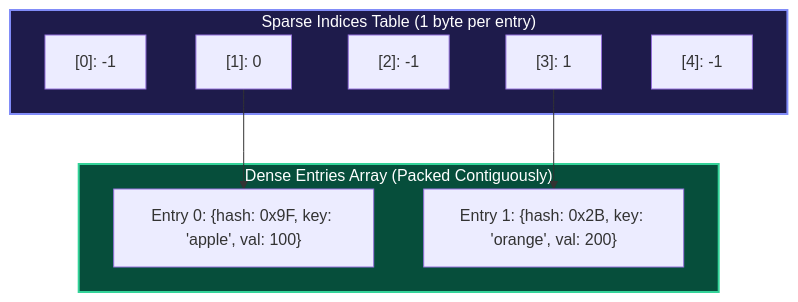
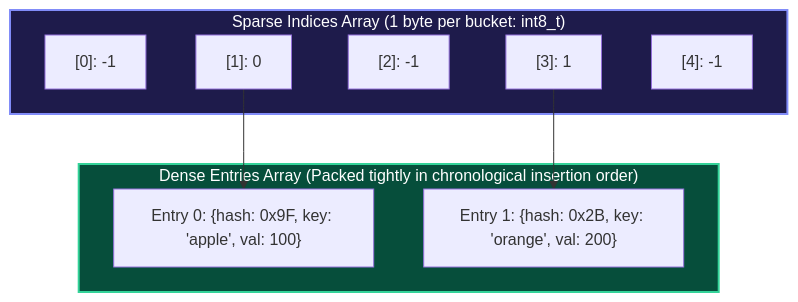
One commit to 1345AbhishekKumar/cs-cookbook changed diagram 14 of 14 in content/docs/dsa/01-foundations-and-linear-structures/06-hash-tables-and-hashing.mdx. Above: the diagram before and after it, drawn with Mermaid. The commit also changed other lines of this file and 211 other files, not shown here.

`````diff
--- a/content/docs/dsa/01-foundations-and-linear-structures/06-hash-tables-and-hashing.mdx
+++ b/content/docs/dsa/01-foundations-and-linear-structures/06-hash-tables-and-hashing.mdx
@@ -448,21 +1146,21 @@
 ```mermaid
 flowchart TD
-    subgraph SparseIndices["Sparse Indices Table (1 byte per entry)"]
+    subgraph SparseIndices["Sparse Indices Array (1 byte per bucket: int8_t)"]
         Idx0["[0]: -1"]
         Idx1["[1]: 0"]
         Idx2["[2]: -1"]
         Idx3["[3]: 1"]
         Idx4["[4]: -1"]
     end
 
-    subgraph DenseEntries["Dense Entries Array (Packed Contiguously)"]
+    subgraph DenseEntries["Dense Entries Array (Packed tightly in chronological insertion order)"]
         E0["Entry 0: {hash: 0x9F, key: 'apple', val: 100}"]
         E1["Entry 1: {hash: 0x2B, key: 'orange', val: 200}"]
     end
 
     Idx1 --> E0
     Idx3 --> E1
 
     style SparseIndices fill:#1e1b4b,stroke:#818cf8,stroke-width:2px,color:#fff
     style DenseEntries fill:#064e3b,stroke:#34d399,stroke-width:2px,color:#fff
 ````
`````
